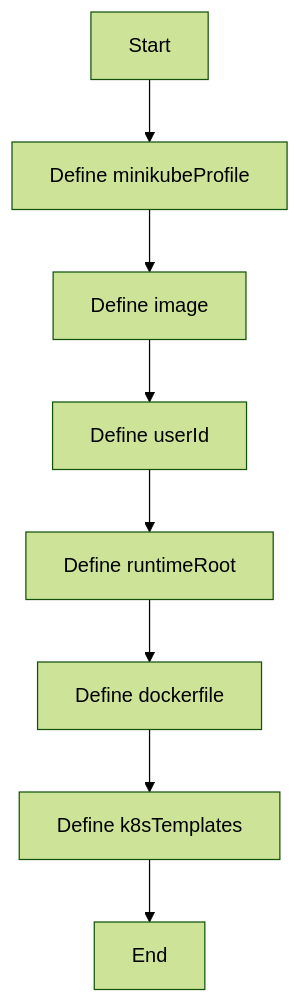
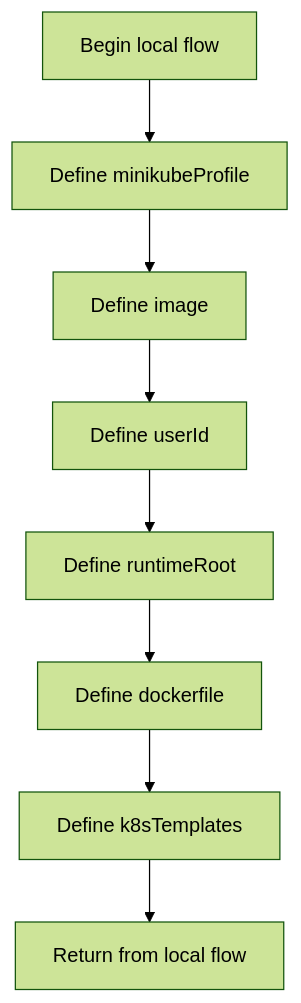
One commit to JohnAndrewBalbarosa/NeoTerritory changed the diagram in docs/Codebase/Infrastructure/session-orchestration/installer.config.json.md. Above: the diagram before and after it, drawn with Mermaid (forest theme). The commit also changed other lines of this file and 915 other files, not shown here.

````diff
--- a/docs/Codebase/Infrastructure/session-orchestration/installer.config.json.md
+++ b/docs/Codebase/Infrastructure/session-orchestration/installer.config.json.md
@@ -22,18 +21,18 @@
 ```mermaid
 flowchart TD
-    Start["Start"]
+    Start["Begin local flow"]
     N0["Define minikubeProfile"]
     N1["Define image"]
     N2["Define userId"]
     N3["Define runtimeRoot"]
     N4["Define dockerfile"]
     N5["Define k8sTemplates"]
-    End["End"]
+    End["Return from local flow"]
     Start --> N0
     N0 --> N1
     N1 --> N2
     N2 --> N3
     N3 --> N4
     N4 --> N5
     N5 --> End
 ```
````
